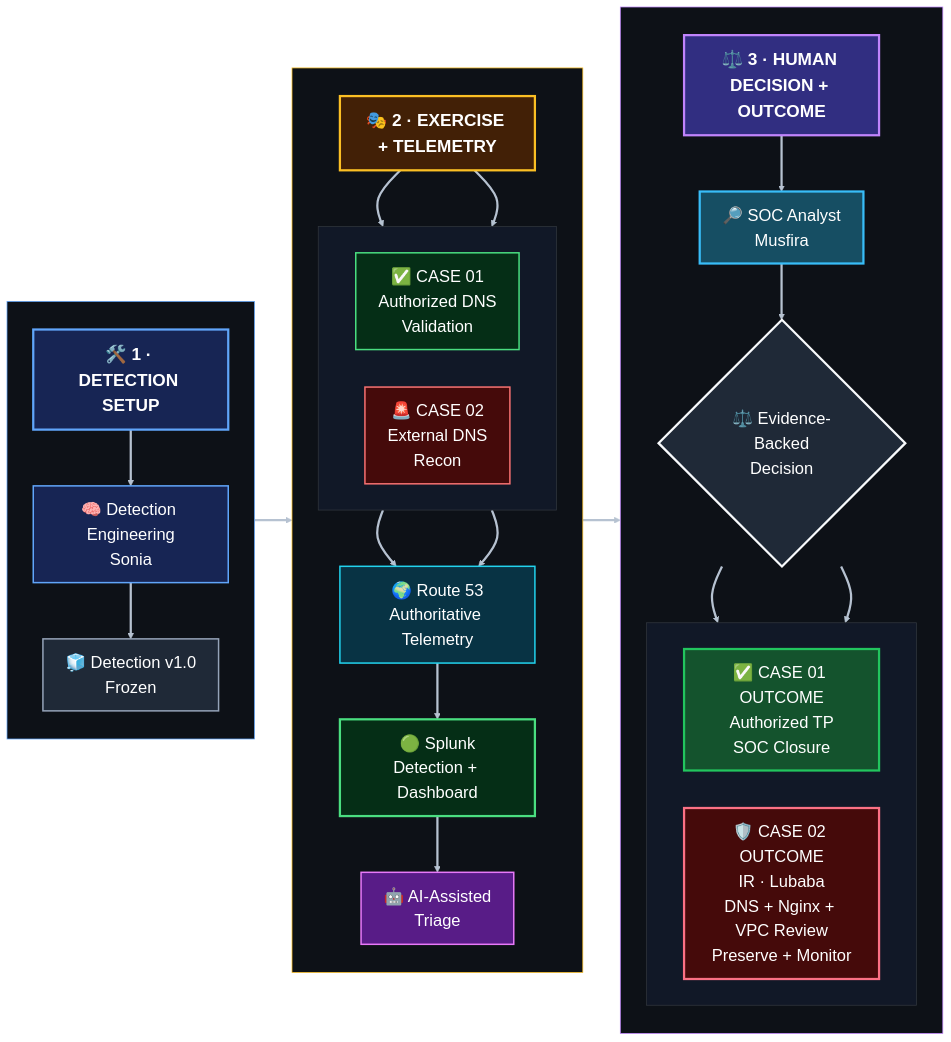
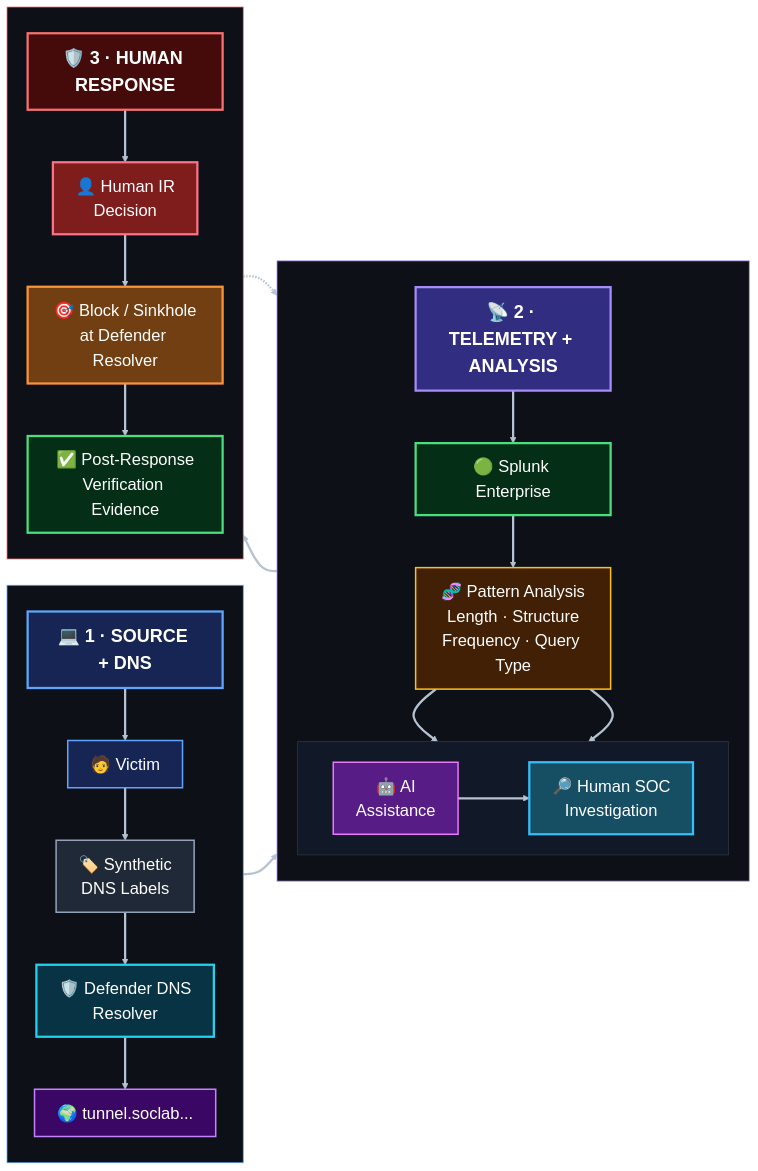
The diagram in README.md (DNSentinel-Lab/Scenario-04-DNS-Tunneling), drawn with Mermaid before and after one commit.

Commit message:
Update scenario architecture in README

````diff
--- a/README.md
+++ b/README.md
@@ -53,96 +53,97 @@
 ```mermaid
-%%{init: {"themeVariables": {"fontSize": "22px"}}}%%
+%%{init: {
+  "themeVariables": {
+    "fontSize": "22px"
+  },
+  "flowchart": {
+    "nodeSpacing": 35,
+    "rankSpacing": 45
+  }
+}}%%
 
 flowchart LR
 
     %% =====================================================
-    %% 1 — DETECTION SETUP
+    %% 1 — SOURCE + DNS
     %% =====================================================
     subgraph S1[" "]
         direction TB
 
-        H1["🛠️ 1 · DETECTION SETUP"]
+        H1["💻 1 · SOURCE + DNS"]
 
-        DE["🧠 Detection Engineering<br/>Sonia"]
+        V["🧑 Victim"]
+        L["🏷️ Synthetic<br/>DNS Labels"]
+        R["🛡️ Defender DNS<br/>Resolver"]
+        D["🌍 tunnel.soclab..."]
 
-        F["🧊 Detection v1.0<br/>Frozen"]
-
-        H1 --> DE --> F
+        H1 --> V --> L --> R --> D
     end
 
 
     %% =====================================================
-    %% 2 — EXERCISE + TELEMETRY
+    %% 2 — TELEMETRY + ANALYSIS
     %% =====================================================
     subgraph S2[" "]
         direction TB
 
-        H2["🎭 2 · EXERCISE + TELEMETRY"]
+        H2["📡 2 · TELEMETRY + ANALYSIS"]
 
-        subgraph CASES[" "]
+        SPL["🟢 Splunk Enterprise"]
+
+        PAT["🧬 Pattern Analysis<br/>Length · Structure<br/>Frequency · Query Type"]
+
+        subgraph ANALYSIS[" "]
             direction LR
 
-            C1["✅ CASE 01<br/>Authorized DNS<br/>Validation"]
+            AI["🤖 AI<br/>Assistance"]
 
-            C2["🚨 CASE 02<br/>External DNS<br/>Recon"]
+            SOC["🔎 Human SOC<br/>Investigation"]
         end
 
-        R53["🌍 Route 53<br/>Authoritative Telemetry"]
+        H2 --> SPL --> PAT
 
-        SPL["🟢 Splunk<br/>Detection + Dashboard"]
-
-        AI["🤖 AI-Assisted<br/>Triage"]
-
-        H2 --> C1
-        H2 --> C2
-
-        C1 --> R53
-        C2 --> R53
-
-        R53 --> SPL --> AI
+        PAT --> AI
+        PAT --> SOC
+        AI --> SOC
     end
 
 
     %% =====================================================
-    %% 3 — HUMAN DECISION + OUTCOME
+    %% 3 — HUMAN RESPONSE
     %% =====================================================
     subgraph S3[" "]
         direction TB
 
-        H3["⚖️ 3 · HUMAN DECISION + OUTCOME"]
+        H3["🛡️ 3 · HUMAN RESPONSE"]
 
-        SOC["🔎 SOC Analyst<br/>Musfira"]
+        IR["👤 Human IR<br/>Decision"]
 
-        DEC{"⚖️ Evidence-Backed<br/>Decision"}
+        ACT["🎯 Block / Sinkhole<br/>at Defender Resolver"]
 
-        subgraph OUTCOME[" "]
-            direction LR
+        VERIFY["✅ Post-Response<br/>Verification Evidence"]
 
-            CLOSE["✅ CASE 01 OUTCOME<br/>Authorized TP<br/>SOC Closure"]
-
-            INCIDENT["🛡️ CASE 02 OUTCOME<br/>IR · Lubaba<br/>DNS + Nginx + VPC Review<br/>Preserve + Monitor"]
-        end
-
-        H3 --> SOC --> DEC
-
-        DEC --> CLOSE
-        DEC --> INCIDENT
+        H3 --> IR --> ACT --> VERIFY
     end
 
 
     %% =====================================================
     %% MAIN HORIZONTAL FLOW
     %% =====================================================
-    F --> H2
-    AI --> H3
+    R --> SPL
+    SOC --> IR
+
+    %% Verification returns to Splunk.
+    %% Response target is stated inside ACT,
+    %% avoiding a huge backward arrow to the resolver.
+    VERIFY -.-> SPL
 
 
     %% =====================================================
-    %% HEADER STYLES
+    %% HEADER STYLES — LARGE
     %% =====================================================
-    classDef h1 fill:#172554,stroke:#60a5fa,stroke-width:3px,color:#ffffff,font-size:23px,font-weight:bold;
-    classDef h2 fill:#422006,stroke:#fbbf24,stroke-width:3px,color:#ffffff,font-size:23px,font-weight:bold;
-    classDef h3 fill:#312e81,stroke:#c084fc,stroke-width:3px,color:#ffffff,font-size:23px,font-weight:bold;
+    classDef h1 fill:#172554,stroke:#60a5fa,stroke-width:3px,color:#ffffff,font-size:24px,font-weight:bold;
+    classDef h2 fill:#312e81,stroke:#a78bfa,stroke-width:3px,color:#ffffff,font-size:24px,font-weight:bold;
+    classDef h3 fill:#450a0a,stroke:#f87171,stroke-width:3px,color:#ffffff,font-size:24px,font-weight:bold;
 
     class H1 h1;
     class H2 h2;
@@ -150,58 +151,48 @@
 
 
     %% =====================================================
-    %% NODE STYLES
+    %% NODE STYLES — LARGE
     %% =====================================================
-    classDef engineering fill:#172554,stroke:#60a5fa,stroke-width:2px,color:#ffffff,font-size:22px;
-    classDef frozen fill:#1f2937,stroke:#94a3b8,stroke-width:2px,color:#ffffff,font-size:22px;
+    classDef source fill:#172554,stroke:#60a5fa,stroke-width:2px,color:#ffffff,font-size:22px;
+    classDef labels fill:#1f2937,stroke:#94a3b8,stroke-width:2px,color:#ffffff,font-size:22px;
+    classDef resolver fill:#083344,stroke:#22d3ee,stroke-width:3px,color:#ffffff,font-size:22px;
+    classDef domain fill:#3b0764,stroke:#c084fc,stroke-width:2px,color:#ffffff,font-size:22px;
 
-    classDef authorized fill:#052e16,stroke:#4ade80,stroke-width:2px,color:#ffffff,font-size:22px;
-    classDef attack fill:#450a0a,stroke:#f87171,stroke-width:2px,color:#ffffff,font-size:22px;
+    classDef splunk fill:#052e16,stroke:#4ade80,stroke-width:3px,color:#ffffff,font-size:22px;
+    classDef pattern fill:#422006,stroke:#fbbf24,stroke-width:2px,color:#ffffff,font-size:22px;
+    classDef ai fill:#581c87,stroke:#e879f9,stroke-width:2px,color:#ffffff,font-size:22px;
+    classDef soc fill:#164e63,stroke:#38bdf8,stroke-width:3px,color:#ffffff,font-size:22px;
 
-    classDef dns fill:#083344,stroke:#22d3ee,stroke-width:2px,color:#ffffff,font-size:22px;
-    classDef splunk fill:#052e16,stroke:#4ade80,stroke-width:3px,color:#ffffff,font-size:22px;
-    classDef ai fill:#581c87,stroke:#e879f9,stroke-width:2px,color:#ffffff,font-size:22px;
+    classDef ir fill:#7f1d1d,stroke:#fb7185,stroke-width:3px,color:#ffffff,font-size:22px;
+    classDef action fill:#713f12,stroke:#fb923c,stroke-width:3px,color:#ffffff,font-size:22px;
+    classDef verify fill:#052e16,stroke:#4ade80,stroke-width:3px,color:#ffffff,font-size:22px;
 
-    classDef soc fill:#164e63,stroke:#38bdf8,stroke-width:3px,color:#ffffff,font-size:22px;
-    classDef decision fill:#1f2937,stroke:#f8fafc,stroke-width:3px,color:#ffffff,font-size:22px;
+    class V source;
+    class L labels;
+    class R resolver;
+    class D domain;
 
-    classDef closure fill:#14532d,stroke:#22c55e,stroke-width:3px,color:#ffffff,font-size:22px;
-    classDef incident fill:#450a0a,stroke:#fb7185,stroke-width:3px,color:#ffffff,font-size:22px;
+    class SPL splunk;
+    class PAT pattern;
+    class AI ai;
+    class SOC soc;
+
+    class IR ir;
+    class ACT action;
+    class VERIFY verify;
 
 
     %% =====================================================
-    %% APPLY STYLES
+    %% CONTAINERS
     %% =====================================================
-    class DE engineering;
-    class F frozen;
-
-    class C1 authorized;
-    class C2 attack;
-
-    class R53 dns;
-    class SPL splunk;
-    class AI ai;
-
-    class SOC soc;
-    class DEC decision;
-
-    class CLOSE closure;
-    class INCIDENT incident;
+    style S1 fill:#0d1117,stroke:#60a5fa,stroke-width:1px
+    style S2 fill:#0d1117,stroke:#a78bfa,stroke-width:1px
+    style S3 fill:#0d1117,stroke:#f87171,stroke-width:1px
+    style ANALYSIS fill:#111827,stroke:#30363d,stroke-width:1px
 
 
     %% =====================================================
-    %% CONTAINER STYLES
-    %% =====================================================
-    style S1 fill:#0d1117,stroke:#60a5fa,stroke-width:1px
-    style S2 fill:#0d1117,stroke:#fbbf24,stroke-width:1px
-    style S3 fill:#0d1117,stroke:#c084fc,stroke-width:1px
-
-    style CASES fill:#111827,stroke:#30363d,stroke-width:1px
-    style OUTCOME fill:#111827,stroke:#30363d,stroke-width:1px
-
-
-    %% =====================================================
-    %% EDGE STYLE
+    %% EDGES
     %% =====================================================
     linkStyle default stroke:#b6c2d1,stroke-width:3px
 ```
````
